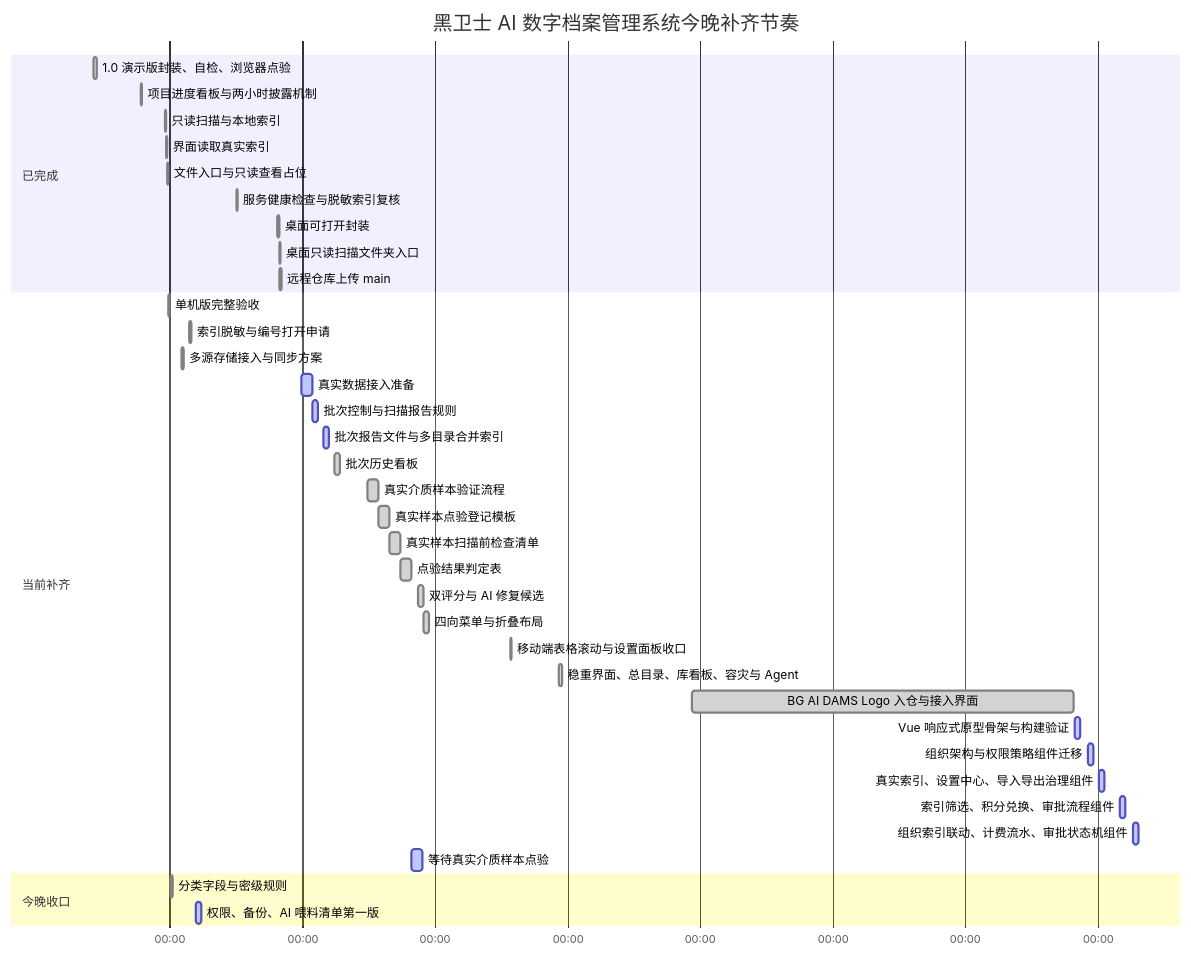
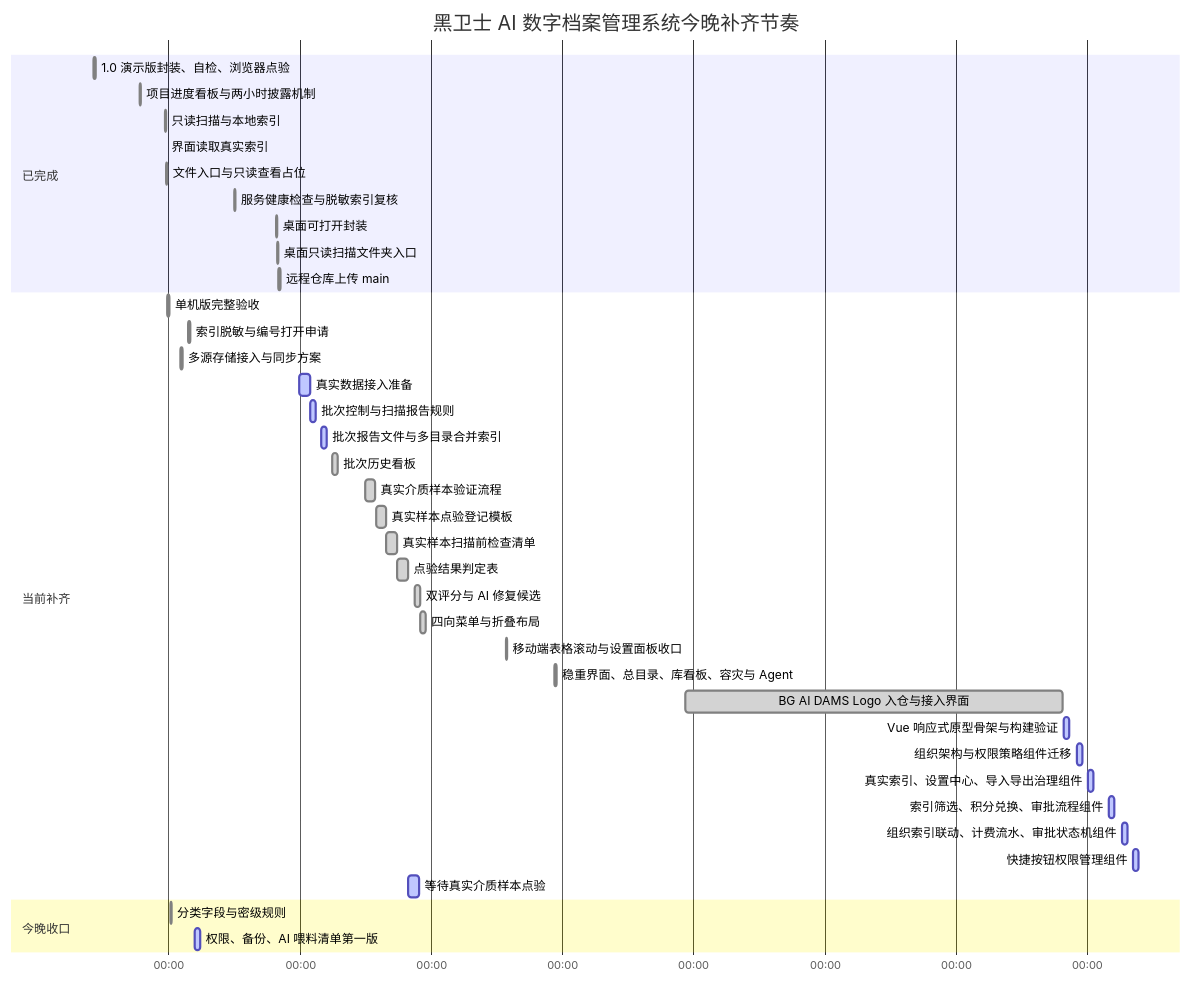
One commit to okalexhohongkong/Alex-Code-Repository changed the diagram in 项目进度看板.md. Above: the diagram before and after it, drawn with Mermaid. The commit also changed other lines of this file and 12 other files, not shown here.

````diff
--- a/项目进度看板.md
+++ b/项目进度看板.md
@@ -23,45 +24,46 @@
 ```mermaid
 gantt
   title 黑卫士 AI 数字档案管理系统今晚补齐节奏
   dateFormat  YYYY-MM-DD HH:mm
   axisFormat  %H:%M
 
   section 已完成
   1.0 演示版封装、自检、浏览器点验        :done, demo-1, 2026-06-21 20:30, 1h
   项目进度看板与两小时披露机制             :done, demo-2, 2026-06-22 13:30, 25m
   只读扫描与本地索引                      :done, local-2, 2026-06-22 22:30, 25m
   界面读取真实索引                        :done, local-3, 2026-06-22 22:55, 20m
   文件入口与只读查看占位                   :done, local-4, 2026-06-22 23:05, 25m
   服务健康检查与脱敏索引复核                :done, local-health, 2026-06-24 00:10, 20m
   桌面可打开封装                           :done, desktop-1, 2026-06-24 15:10, 35m
   桌面只读扫描文件夹入口                    :done, desktop-2, 2026-06-24 15:43, 20m
   远程仓库上传 main                         :done, remote-1, 2026-06-24 16:00, 45m
 
   section 当前补齐
   单机版完整验收                          :done, local-5, 2026-06-22 23:35, 35m
   索引脱敏与编号打开申请                   :done, local-6, 2026-06-23 07:10, 35m
   多源存储接入与同步方案                   :done, storage-1, 2026-06-23 04:30, 35m
   真实数据接入准备                         :active, intake-1, 2026-06-24 23:42, 4h
   批次控制与扫描报告规则                   :active, intake-2, 2026-06-25 03:44, 2h
   批次报告文件与多目录合并索引              :active, intake-3, 2026-06-25 07:47, 2h
   批次历史看板                            :done, intake-4, 2026-06-25 11:50, 2h
   真实介质样本验证流程                    :done, intake-5, 2026-06-25 23:45, 4h
   真实样本点验登记模板                    :done, intake-6, 2026-06-26 03:46, 4h
   真实样本扫描前检查清单                  :done, intake-7, 2026-06-26 07:46, 4h
   点验结果判定表                          :done, intake-8, 2026-06-26 11:46, 4h
   双评分与 AI 修复候选                    :done, ui-score-1, 2026-06-26 18:00, 2h
   四向菜单与折叠布局                      :done, ui-menu-1, 2026-06-26 20:00, 2h
   移动端表格滚动与设置面板收口              :done, ui-mobile-1, 2026-06-28 03:20, 35m
   稳重界面、总目录、库看板、容灾与 Agent     :done, ui-search-1, 2026-06-28 21:00, 1h
   BG AI DAMS Logo 入仓与接入界面              :done, brand-1, 2026-06-30 21:00, 2026-07-06 15:10
   Vue 响应式原型骨架与构建验证                  :active, vue-1, 2026-07-06 15:40, 2h
   组织架构与权限策略组件迁移                    :active, vue-2, 2026-07-06 20:20, 2h
   真实索引、设置中心、导入导出治理组件             :active, vue-3, 2026-07-07 00:20, 2h
   索引筛选、积分兑换、审批流程组件                 :active, vue-4, 2026-07-07 08:10, 2h
   组织索引联动、计费流水、审批状态机组件             :active, vue-5, 2026-07-07 12:50, 2h
+  快捷按钮权限管理组件                            :active, vue-6, 2026-07-07 16:55, 2h
   等待真实介质样本点验                    :active, intake-9, 2026-06-26 15:46, 4h
 
   section 今晚收口
   分类字段与密级规则                       :done, class-1, 2026-06-23 00:30, 45m
   权限、备份、AI 喂料清单第一版             :active, class-2, 2026-06-23 09:30, 2h
 ```
````
